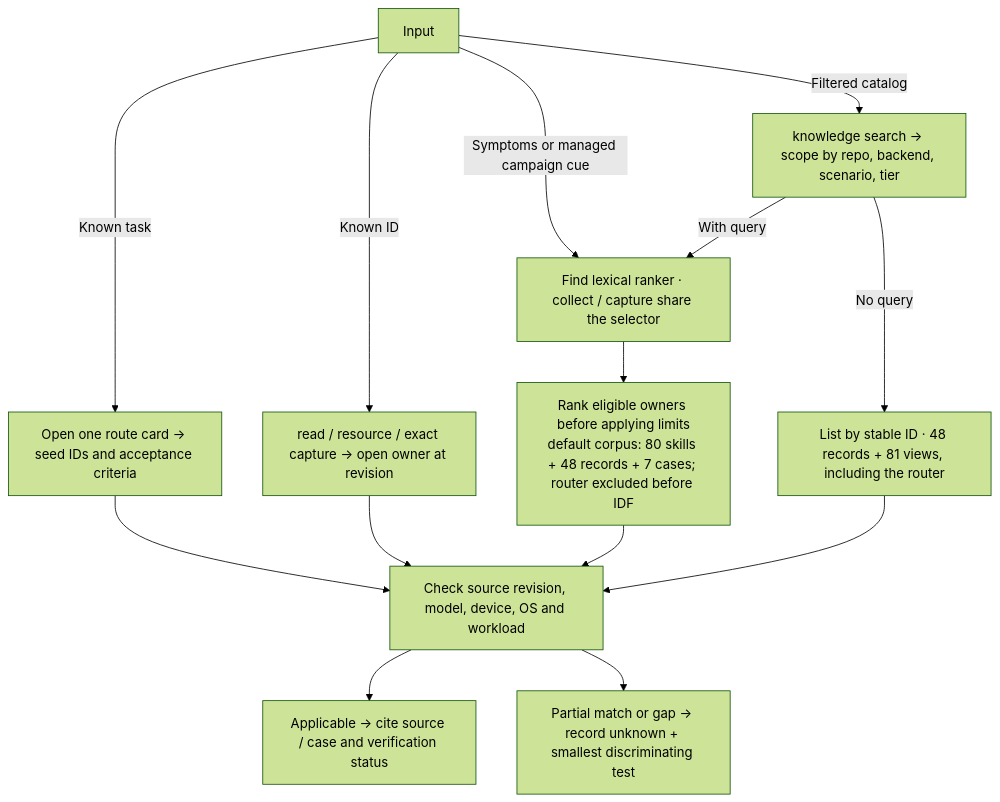
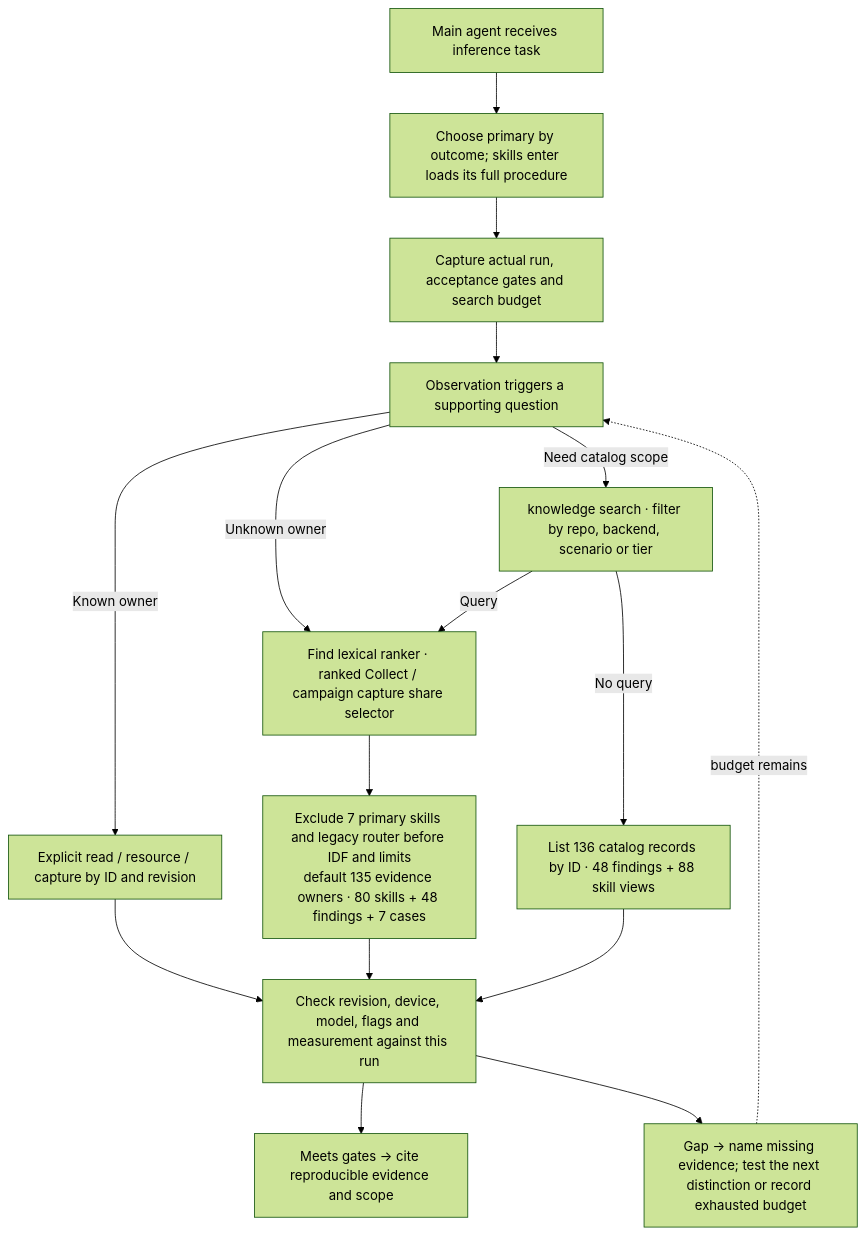
One commit to InferMatrixLab/InferRSI changed the third of 4 diagrams in docs/knowledge-layout.md. Above: the diagram before and after it, drawn with Mermaid (forest theme). The commit also changed other lines of this file and 35 other files, not shown here.

Commit message:
Load the primary inference procedure before searching supporting evidence

````diff
--- a/docs/knowledge-layout.md
+++ b/docs/knowledge-layout.md
@@ -45,13 +46,16 @@
 ```mermaid
 flowchart TB
-    Q["Input"] -->|Known task| T["Open one route card → seed IDs and acceptance criteria"]
-    Q -->|Known ID| I["read / resource / exact capture → open owner at revision"]
-    Q -->|Symptoms or managed campaign cue| F["Find lexical ranker · collect / capture share the selector"]
-    Q -->|Filtered catalog| C["knowledge search → scope by repo, backend, scenario, tier"]
-    C -->|With query| F
-    C -->|No query| B["List by stable ID · 48 records + 81 views, including the router"]
-    F --> A["Rank eligible owners before applying limits<br/>default corpus: 80 skills + 48 records + 7 cases; router excluded before IDF"]
-    T & I & A & B --> V["Check source revision, model, device, OS and workload"]
-    V --> X["Applicable → cite source / case and verification status"]
-    V --> G["Partial match or gap → record unknown + smallest discriminating test"]
+    Q["Main agent receives inference task"] --> P["Choose primary by outcome; skills enter loads its full procedure"]
+    P --> R["Capture actual run, acceptance gates and search budget"]
+    R --> D["Observation triggers a supporting question"]
+    D -->|Known owner| I["Explicit read / resource / capture by ID and revision"]
+    D -->|Unknown owner| F["Find lexical ranker · ranked Collect / campaign capture share selector"]
+    D -->|Need catalog scope| C["knowledge search · filter by repo, backend, scenario or tier"]
+    C -->|Query| F
+    C -->|No query| B["List 136 catalog records by ID · 48 findings + 88 skill views"]
+    F --> A["Exclude 7 primary skills and legacy router before IDF and limits<br/>default 135 evidence owners · 80 skills + 48 findings + 7 cases"]
+    I & A & B --> V["Check revision, device, model, flags and measurement against this run"]
+    V --> X["Meets gates → cite reproducible evidence and scope"]
+    V --> G["Gap → name missing evidence; test the next distinction or record exhausted budget"]
+    G -.->|budget remains| D
 ```
````
